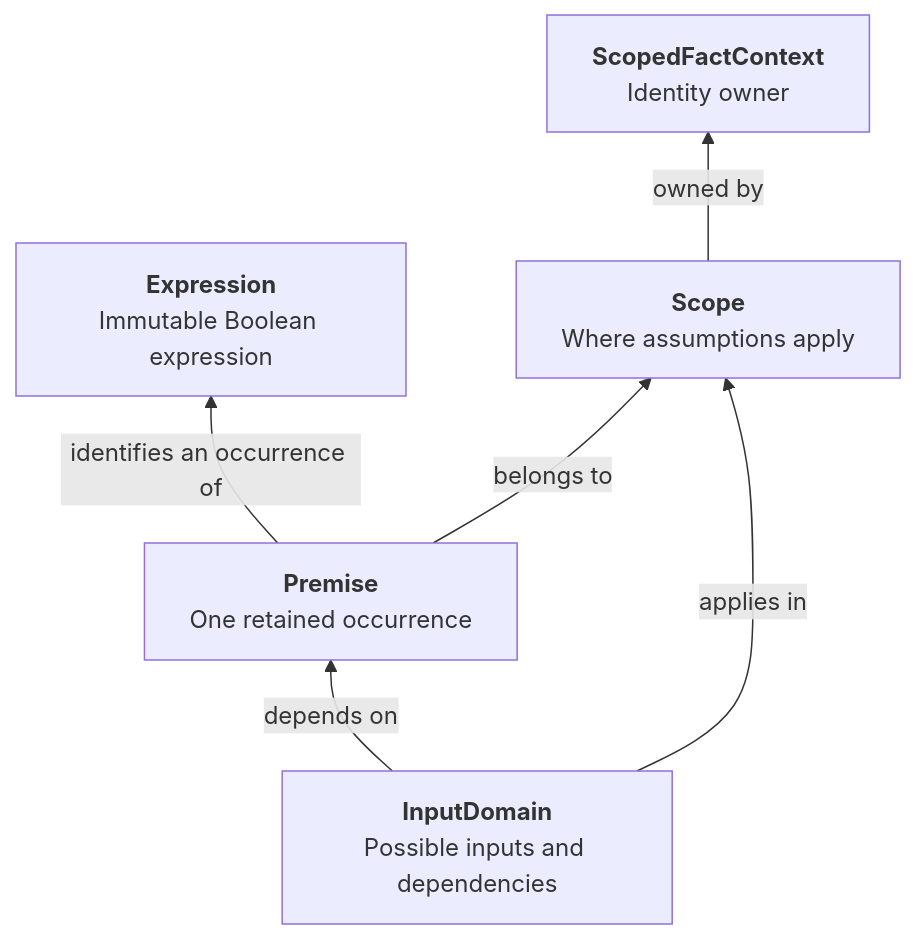
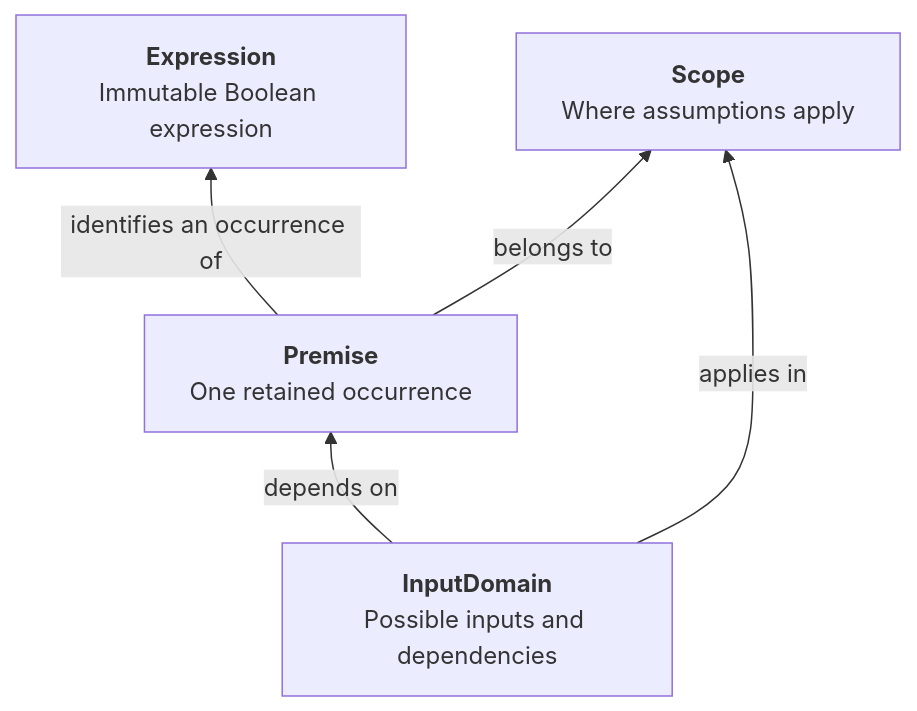
The first of 7 diagrams in analysis/scoped_reasoning/README.md (lie-yan/predicate-optimization), drawn with Mermaid before and after one commit. The commit also changed other lines of this file and 37 other files, not shown here.

````diff
--- a/analysis/scoped_reasoning/README.md
+++ b/analysis/scoped_reasoning/README.md
@@ -17,14 +16,12 @@
 ```mermaid
 flowchart BT
     D["<b>InputDomain</b><br/>Possible inputs and dependencies"]
     P["<b>Premise</b><br/>One retained occurrence"]
     E["<b>Expression</b><br/>Immutable Boolean expression"]
     S["<b>Scope</b><br/>Where assumptions apply"]
-    C["<b>ScopedFactContext</b><br/>Identity owner"]
 
     D -->|depends on| P
     D -->|applies in| S
     P -->|identifies an occurrence of| E
     P -->|belongs to| S
-    S -->|owned by| C
 ```
````
